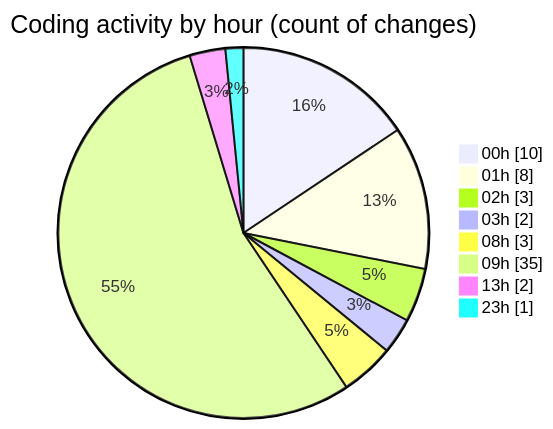
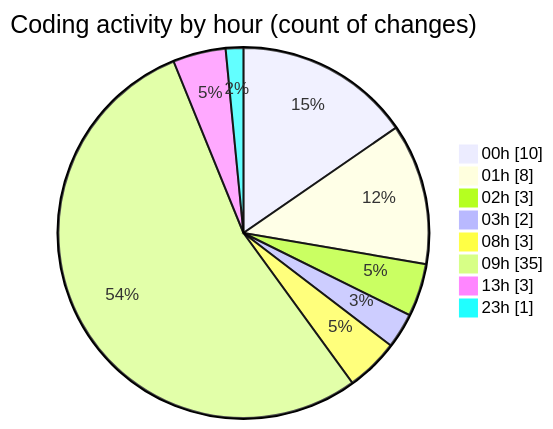
The second of 2 diagrams in 2026-02-09/singularitybrainai/README.md (tmsrecording-cyber/code-tracking), drawn with Mermaid before and after one commit. The commit also changed other lines of this file and 1 other file, not shown here.

````diff
--- a/2026-02-09/singularitybrainai/README.md
+++ b/2026-02-09/singularitybrainai/README.md
@@ -32,12 +32,12 @@
 ```mermaid
 pie showData
 title Coding activity by hour (count of changes)
 "00h" : 10
 "01h" : 8
 "02h" : 3
 "03h" : 2
 "08h" : 3
 "09h" : 35
-"13h" : 2
+"13h" : 3
 "23h" : 1
 ```
````
